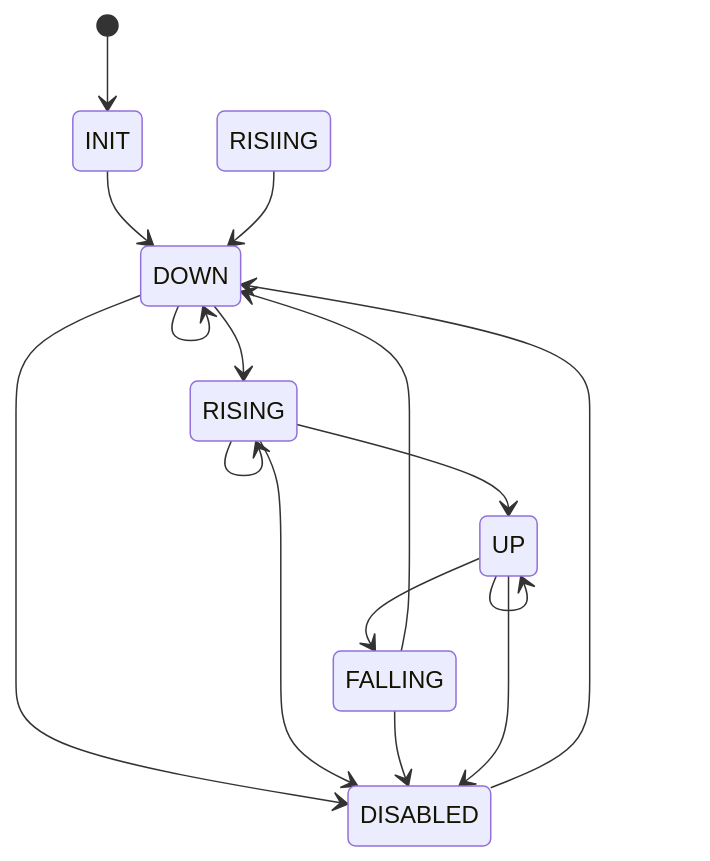
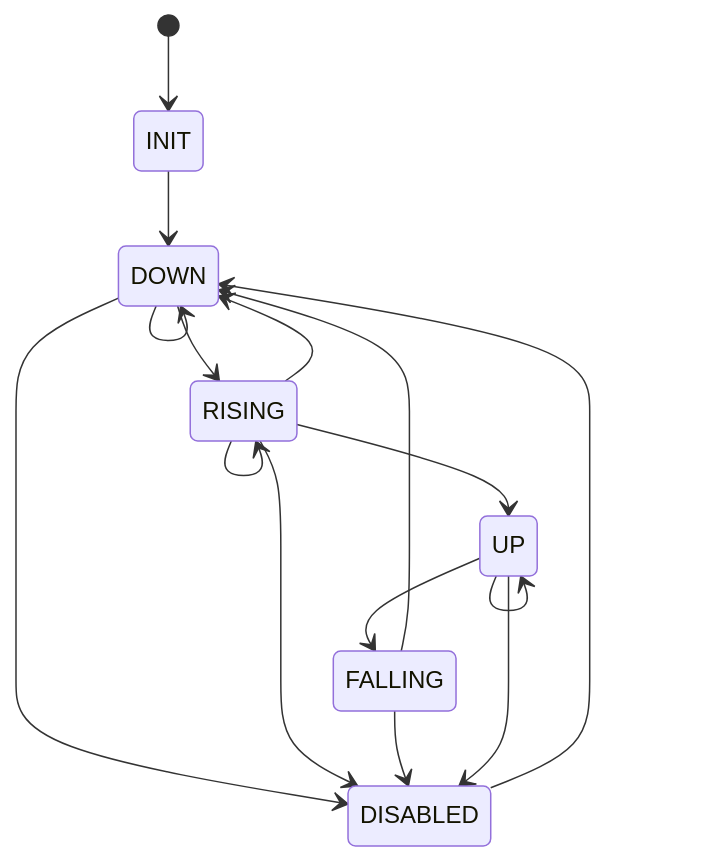
One commit to karldyson/exabgp-watchdog changed the diagram in exabgp-watchdog-state-diagram.mmd. Above: the diagram before and after it, drawn with Mermaid.

````diff
--- a/exabgp-watchdog-state-diagram.mmd
+++ b/exabgp-watchdog-state-diagram.mmd
@@ -1,18 +1,18 @@
 ```mermaid
 stateDiagram
   [*] --> INIT
   INIT --> DOWN
   DOWN --> RISING
-  RISIING --> DOWN
+  RISING --> DOWN
   RISING --> UP
   UP --> FALLING
   FALLING --> DOWN
   DOWN --> DOWN
   RISING --> RISING
   UP --> UP
   DOWN --> DISABLED
   RISING --> DISABLED
   FALLING --> DISABLED
   UP --> DISABLED
   DISABLED --> DOWN
 ```
````
